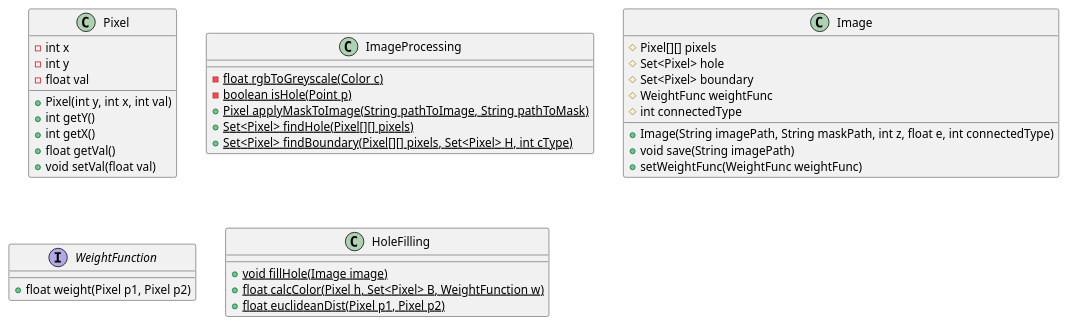
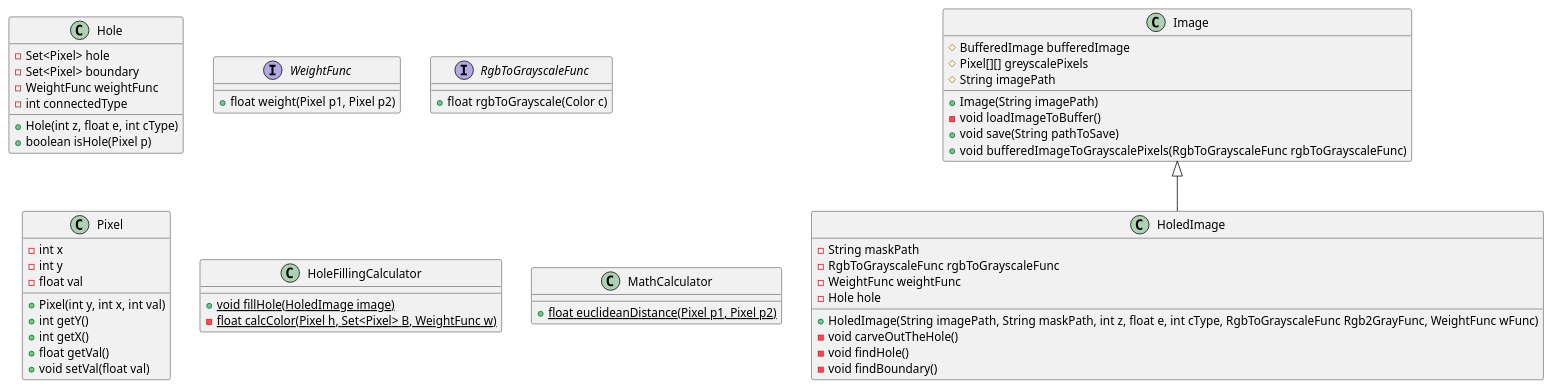
The diagram in OOD.puml (avielas/HoleFilling), drawn with PlantUML before and after one commit. The commit also changed 2 other files, not shown here.

```diff
--- a/OOD.puml
+++ b/OOD.puml
@@ -1,51 +1,68 @@
 @startuml
 'https://plantuml.com/class-diagram
+
+class Image{
+    # BufferedImage bufferedImage
+    # Pixel[][] greyscalePixels
+    # String imagePath
+    + Image(String imagePath)
+    - void loadImageToBuffer()
+    + void save(String pathToSave)
+    + void bufferedImageToGrayscalePixels(RgbToGrayscaleFunc rgbToGrayscaleFunc)
+}
+
+class HoledImage extends Image{
+    - String maskPath
+    - RgbToGrayscaleFunc rgbToGrayscaleFunc
+    - WeightFunc weightFunc
+    - Hole hole
+    + HoledImage(String imagePath, String maskPath, int z, float e, int cType, RgbToGrayscaleFunc Rgb2GrayFunc, WeightFunc wFunc)
+    - void carveOutTheHole()
+    - void findHole()
+    - void findBoundary()
+}
+
+class Hole{
+    - Set<Pixel> hole
+    - Set<Pixel> boundary
+    - WeightFunc weightFunc
+    - int connectedType
+    + Hole(int z, float e, int cType)
+    + boolean isHole(Pixel p)
+}
+
+interface WeightFunc{
+    + float weight(Pixel p1, Pixel p2)
+}
+
+interface RgbToGrayscaleFunc{
+    + float rgbToGrayscale(Color c)
+}
 
 class Pixel{
     - int x
     - int y
     - float val
     + Pixel(int y, int x, int val)
     + int getY()
     + int getX()
     + float getVal()
     + void setVal(float val)
 }
 
-class ImageProcessing{
-    - {static} float rgbToGreyscale(Color c)
-    - {static} boolean isHole(Point p)
-    + {static} Pixel applyMaskToImage(String pathToImage, String pathToMask)
-    + {static} Set<Pixel> findHole(Pixel[][] pixels)
-    + {static} Set<Pixel> findBoundary(Pixel[][] pixels, Set<Pixel> H, int cType)
+class HoleFillingCalculator{
+    + {static} void fillHole(HoledImage image)
+    - {static} float calcColor(Pixel h, Set<Pixel> B, WeightFunc w)
 }
 
-class Image{
-    # Pixel[][] pixels
-    # Set<Pixel> hole
-    # Set<Pixel> boundary
-    # WeightFunc weightFunc
-    # int connectedType
-    + Image(String imagePath, String maskPath, int z, float e, int connectedType)
-    + void save(String imagePath)
-    + setWeightFunc(WeightFunc weightFunc)
+class MathCalculator{
+    + {static} float euclideanDistance(Pixel p1, Pixel p2)
 }
-
-interface WeightFunction{
-    + float weight(Pixel p1, Pixel p2)
-}
-
-class HoleFilling{
-    + {static} void fillHole(Image image)
-    + {static} float calcColor(Pixel h, Set<Pixel> B, WeightFunction w)
-    + {static} float euclideanDist(Pixel p1, Pixel p2)
-}
-
 
 'Composition
 'ParkingLot "1" *-- "many" Level : contains >
 
 'Aggregation
 'ParkingLot "1" o-- "1" Vehicle : aggregation >
 
 @enduml
```
